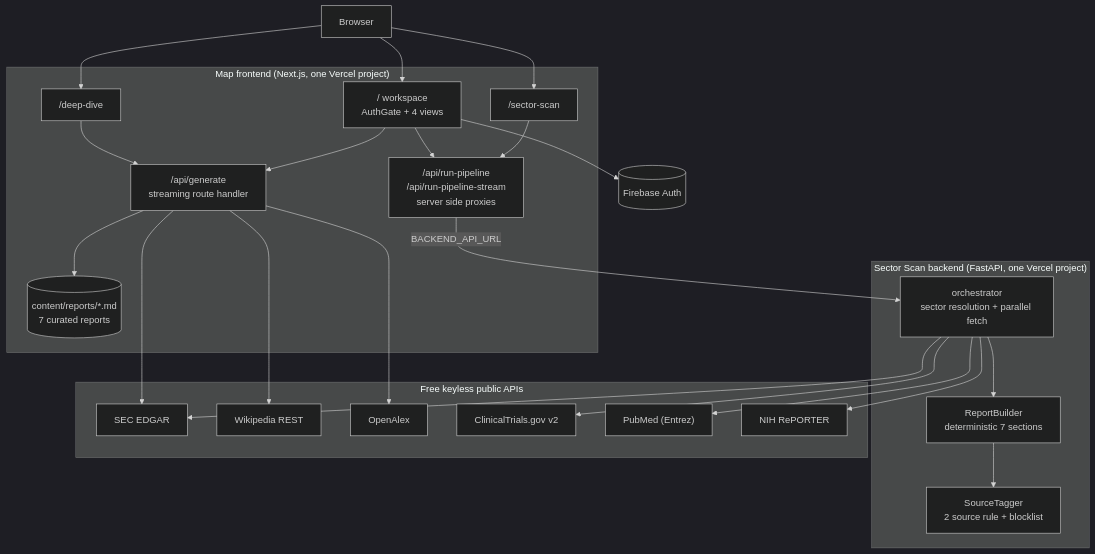
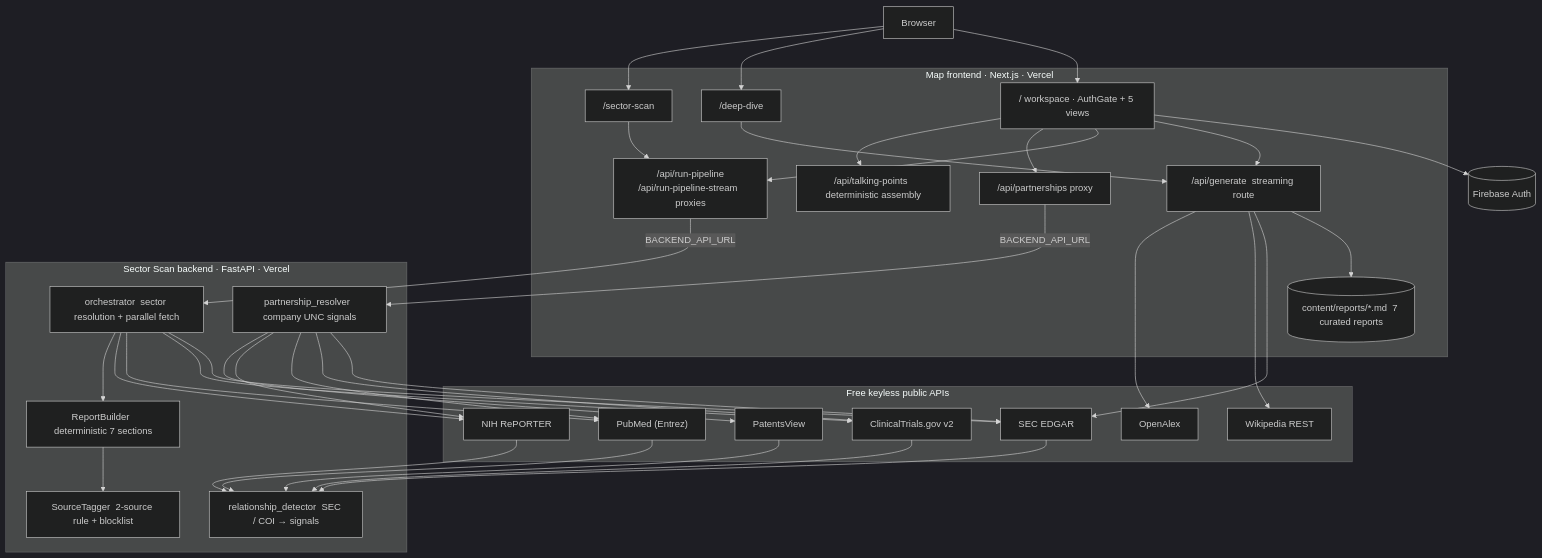
One commit to AidanColvin/map-elt-research-graph-3 changed the first of 12 diagrams in README.md. Above: the diagram before and after it, drawn with Mermaid (dark theme). The commit also changed other lines of this file, not shown here.

First line of the commit message:
docs: update README with UNC partnership intelligence, talking points, and projects toggle

````diff
--- a/README.md
+++ b/README.md
@@ -68,37 +79,47 @@
 ```mermaid
 flowchart TB
     B[Browser]
     FB[(Firebase Auth)]
-    subgraph FE["Map frontend (Next.js, one Vercel project)"]
-        W["/ workspace<br/>AuthGate + 4 views"]
+
+    subgraph FE["Map frontend  ·  Next.js  ·  Vercel"]
+        W["/ workspace · AuthGate + 5 views"]
         DD["/deep-dive"]
         SS["/sector-scan"]
-        G["/api/generate<br/>streaming route handler"]
-        MD[("content/reports/*.md<br/>7 curated reports")]
-        PX["/api/run-pipeline<br/>/api/run-pipeline-stream<br/>server side proxies"]
+        G["/api/generate  streaming route"]
+        TP["/api/talking-points  deterministic assembly"]
+        MD[("content/reports/*.md  7 curated reports")]
+        PX["/api/run-pipeline\n/api/run-pipeline-stream  proxies"]
+        PA["/api/partnerships  proxy"]
     end
-    subgraph BE["Sector Scan backend (FastAPI, one Vercel project)"]
-        O["orchestrator<br/>sector resolution + parallel fetch"]
-        RB["ReportBuilder<br/>deterministic 7 sections"]
-        ST["SourceTagger<br/>2 source rule + blocklist"]
+
+    subgraph BE["Sector Scan backend  ·  FastAPI  ·  Vercel"]
+        O["orchestrator  sector resolution + parallel fetch"]
+        RB["ReportBuilder  deterministic 7 sections"]
+        ST["SourceTagger  2-source rule + blocklist"]
+        PR["partnership_resolver  company UNC signals"]
+        RD["relationship_detector  SEC / COI → signals"]
     end
+
     subgraph SRC["Free keyless public APIs"]
         SEC[SEC EDGAR]
         WIKI[Wikipedia REST]
         OA[OpenAlex]
         CT[ClinicalTrials.gov v2]
         PM["PubMed (Entrez)"]
         NIH[NIH RePORTER]
+        PV[PatentsView]
     end
 
     B --> W & DD & SS
     W --> FB
     DD --> G
-    W --> G & PX
+    W --> G & PX & PA & TP
     SS --> PX
     G --> MD
     G --> SEC & WIKI & OA
     PX -- "BACKEND_API_URL" --> O
+    PA -- "BACKEND_API_URL" --> PR
     O --> SEC & CT & PM & NIH
     O --> RB --> ST
+    PR --> SEC & CT & PM & NIH & PV --> RD
 ```
````
